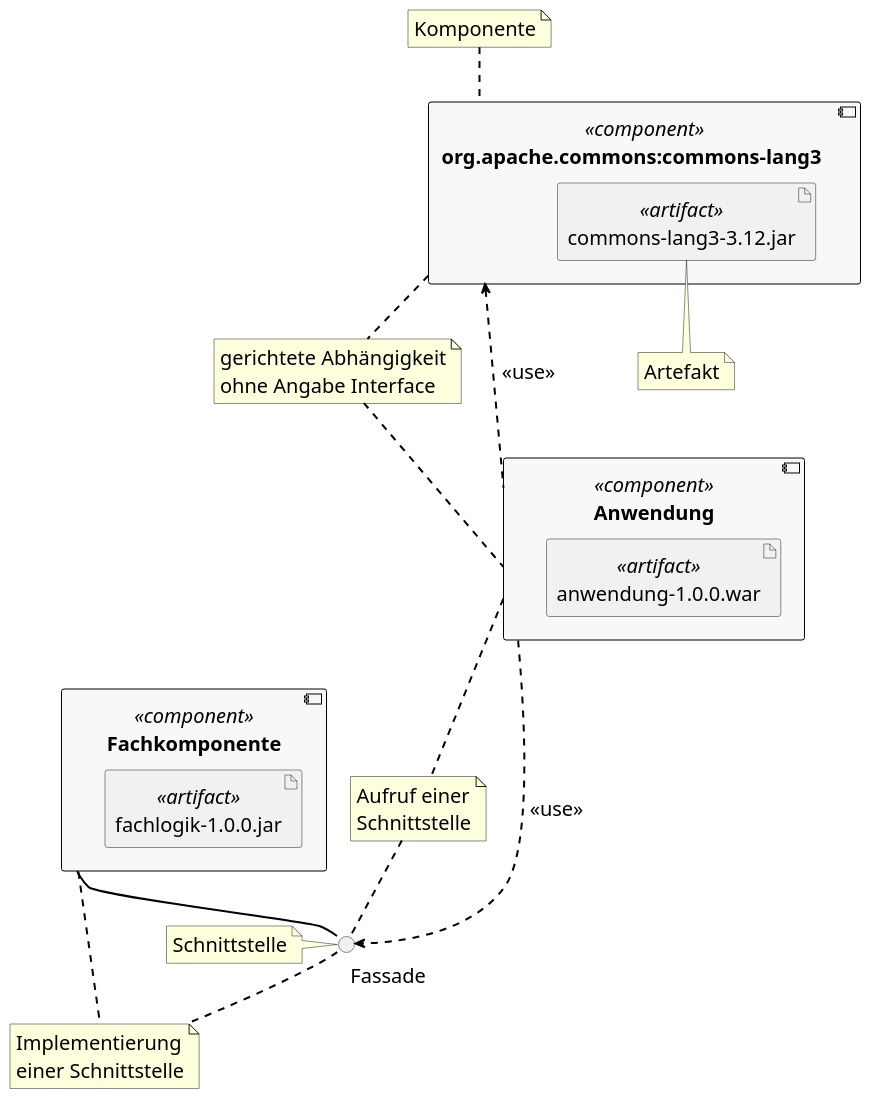
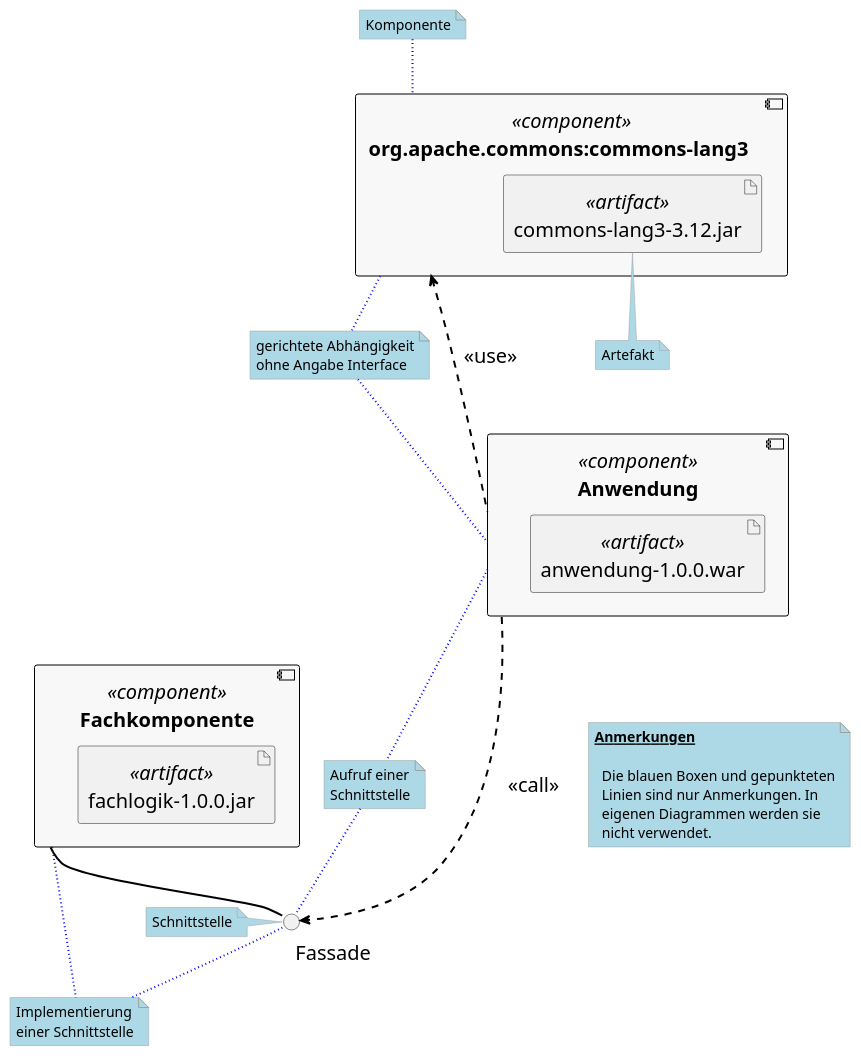
The diagram in doc/uml/component-diagram-overview.puml (uhafner/codingstyle), drawn with PlantUML before and after one commit. The commit also changed 3 other files, not shown here.

```diff
--- a/doc/uml/component-diagram-overview.puml
+++ b/doc/uml/component-diagram-overview.puml
@@ -1,67 +1,88 @@
 @startuml
 
 skinparam component {
   BackgroundColor #f8f8f8
   BorderColor #a0a0a0
   BackgroundColor<<Main>> #FFFF00
   BorderColor black
   FontName Arial Unicode MS
   FontSize 20
   ArrowFontName Arial Unicode MS
   ArrowFontSize 18
 }
 
 skinparam classFontSize 24
 skinparam classAttributeIconSize 0
 skinparam defaultFontSize 20
 
 skinparam ArrowColor black
 skinparam ArrowThickness 2
+
+skinparam note {
+  BackgroundColor LightBlue
+  BorderColor #a0a0a0
+  FontName Arial
+  FontSize 14
+  FontColor black
+  RoundCorner 15
+  LineType solid
+}
 
 hide circle
 
 skinparam componentStyle uml2
 
 component "Anwendung" <<component>> as anwendung {
     artifact anwendung-1.0.0.war <<artifact>> as war {
     }
 }
 
 component "Fachkomponente" <<component>> as fachkomponente {
     artifact fachlogik-1.0.0.jar <<artifact>> as jar {
     }
 }
 
 component " org.apache.commons:commons-lang3      " <<component>> as library {
     artifact commons-lang3-3.12.jar <<artifact>> as lang {
     }
 }
 
 anwendung .up.> library : " <<use>>"
+circle "\t         Fassade " as fassade
+anwendung ..> fassade : " <<call>>"
 
 note "Artefakt" as artefact
 note "Komponente" as component
 note "Schnittstelle" as schnittstelle
 note "Implementierung\neiner Schnittstelle" as Implementierung
 note "Aufruf einer\nSchnittstelle" as Use
 note "gerichtete Abhängigkeit\nohne Angabe Interface" as Dependency
 
-circle "\t         Fassade " as fassade
 
-anwendung ..> fassade : " <<use>>"
 fassade -up- fachkomponente
 
-anwendung .down. Use
-fassade .up. Use
+anwendung .[#blue,dotted]down. Use
+fassade .[#blue,dotted]up. Use
 
-fassade .left. schnittstelle
-library .up. component
-lang .down. artefact
+fassade .[#blue,dotted]left. schnittstelle
+library .[#blue,dotted]up. component
+lang .[#blue,dotted]down. artefact
 
-fassade .down. Implementierung
-fachkomponente .right. Implementierung
+fassade .[#blue,dotted]down. Implementierung
+fachkomponente .[#blue,dotted]right. Implementierung
 
-anwendung .up. Dependency
-library .down. Dependency
+anwendung .up[#blue,dotted]. Dependency
+library .down[#blue,dotted]. Dependency
+
+note as notes
+  <u><b>Anmerkungen</b></u>
+
+    Die blauen Boxen und gepunkteten
+    Linien sind nur Anmerkungen. In
+    eigenen Diagrammen werden sie
+    nicht verwendet.
+end note
+
+notes .[hidden]up. anwendung
 
 @enduml
```
